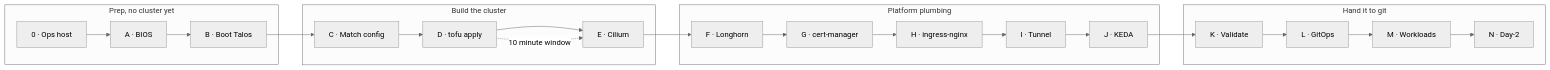
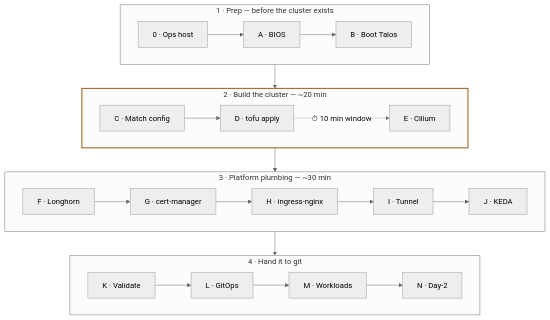
Before and after one commit to TpyoKnig/homelab-public: the diagram in BOOTSTRAP.md, drawn with Mermaid (neutral theme).

Commit message:
docs: stack the bootstrap stage map so GitHub stops squashing it
The diagram was flowchart LR with 14 nodes in one chain, about 9:1.
GitHub scales mermaid to the container width, so the labels went
illegible long before the shape did.

TD outer flow stacks the four phases; direction LR inside each keeps a
phase to one row; phase-to-phase links replace node-to-node ones,
because an edge crossing a subgraph boundary makes mermaid discard the
inner direction and collapse it back to a 14-box column.

Also surfaces two things the diagram was missing: phase time totals,
summed from the estimates already in the stage headings, and the
10-minute window, which the tip below calls the one hard deadline in
the build and which was the faintest edge in the graph.

````diff
--- a/BOOTSTRAP.md
+++ b/BOOTSTRAP.md
@@ -14,20 +14,22 @@
 ```mermaid
-flowchart LR
-    subgraph prep["Prep, no cluster yet"]
+flowchart TD
+    subgraph prep["1 · Prep — before the cluster exists"]
+        direction LR
         S0["0 · Ops host"] --> SA["A · BIOS"] --> SB["B · Boot Talos"]
     end
-    subgraph build["Build the cluster"]
-        SC["C · Match config"] --> SD["D · tofu apply"] --> SE["E · Cilium"]
+    subgraph build["2 · Build the cluster — ~20 min"]
+        direction LR
+        SC["C · Match config"] --> SD["D · tofu apply"]
+        SD -. "⏱ 10 min window" .-> SE["E · Cilium"]
     end
-    subgraph platform["Platform plumbing"]
-        SF["F · Longhorn"] --> SG["G · cert-manager"] --> SH["H · ingress-nginx"]
-        SH --> SI["I · Tunnel"] --> SJ["J · KEDA"]
+    subgraph platform["3 · Platform plumbing — ~30 min"]
+        direction LR
+        SF["F · Longhorn"] --> SG["G · cert-manager"] --> SH["H · ingress-nginx"] --> SI["I · Tunnel"] --> SJ["J · KEDA"]
     end
-    subgraph run["Hand it to git"]
+    subgraph run["4 · Hand it to git"]
+        direction LR
         SK["K · Validate"] --> SL["L · GitOps"] --> SM["M · Workloads"] --> SN["N · Day-2"]
     end
-    SB --> SC
-    SD -.->|"10 minute window"| SE
-    SE --> SF
-    SJ --> SK
+    prep --> build --> platform --> run
+    style build stroke:#a2530a,stroke-width:2px
 ```
````
